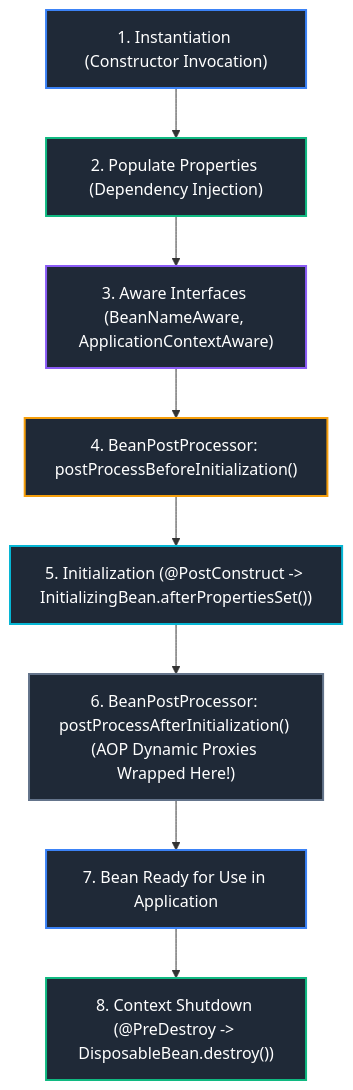
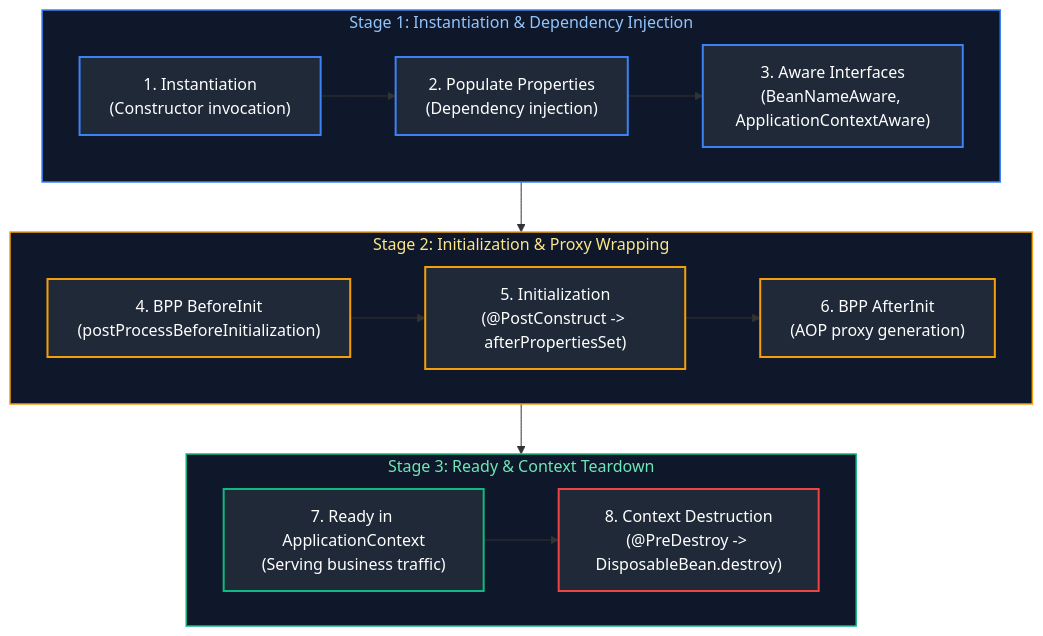
The fourth of 9 diagrams in Java Backend Engineering/07_spring_framework_spring_boot.md (joydeep-biswas/Interview-Preparation), drawn with Mermaid before and after one commit. The commit also changed other lines of this file and 76 other files, not shown here.

Commit message:
Updated Charts

````diff
--- a/Java Backend Engineering/07_spring_framework_spring_boot.md
+++ b/Java Backend Engineering/07_spring_framework_spring_boot.md
@@ -237,19 +240,31 @@
 ```mermaid
 flowchart TD
-    Step1["1. Instantiation (Constructor Invocation)"] --> Step2["2. Populate Properties (Dependency Injection)"]
-    Step2 --> Step3["3. Aware Interfaces (BeanNameAware, ApplicationContextAware)"]
-    Step3 --> Step4["4. BeanPostProcessor: postProcessBeforeInitialization()"]
-    Step4 --> Step5["5. Initialization (@PostConstruct -> InitializingBean.afterPropertiesSet())"]
-    Step5 --> Step6["6. BeanPostProcessor: postProcessAfterInitialization() (AOP Dynamic Proxies Wrapped Here!)"]
-    Step6 --> Step7["7. Bean Ready for Use in Application"]
-    Step7 --> Step8["8. Context Shutdown (@PreDestroy -> DisposableBean.destroy())"]
+    subgraph Stage1 ["Stage 1: Instantiation & Dependency Injection"]
+        direction LR
+        Step1["1. Instantiation<br/>(Constructor invocation)"] --> Step2["2. Populate Properties<br/>(Dependency injection)"] --> Step3["3. Aware Interfaces<br/>(BeanNameAware, ApplicationContextAware)"]
+    end
 
+    subgraph Stage2 ["Stage 2: Initialization & Proxy Wrapping"]
+        direction LR
+        Step4["4. BPP BeforeInit<br/>(postProcessBeforeInitialization)"] --> Step5["5. Initialization<br/>(@PostConstruct -> afterPropertiesSet)"] --> Step6["6. BPP AfterInit<br/>(AOP proxy generation)"]
+    end
+
+    subgraph Stage3 ["Stage 3: Ready & Context Teardown"]
+        direction LR
+        Step7["7. Ready in ApplicationContext<br/>(Serving business traffic)"] --> Step8["8. Context Destruction<br/>(@PreDestroy -> DisposableBean.destroy)"]
+    end
+
+    Stage1 --> Stage2 --> Stage3
+
+    style Stage1 fill:#0f172a,stroke:#3b82f6,stroke-width:1.5px,color:#93c5fd
+    style Stage2 fill:#0f172a,stroke:#f59e0b,stroke-width:1.5px,color:#fde68a
+    style Stage3 fill:#0f172a,stroke:#10b981,stroke-width:1.5px,color:#6ee7b7
     style Step1 fill:#1f2937,stroke:#3b82f6,stroke-width:2px,color:#fff
-    style Step2 fill:#1f2937,stroke:#10b981,stroke-width:2px,color:#fff
-    style Step3 fill:#1f2937,stroke:#8b5cf6,stroke-width:2px,color:#fff
+    style Step2 fill:#1f2937,stroke:#3b82f6,stroke-width:2px,color:#fff
+    style Step3 fill:#1f2937,stroke:#3b82f6,stroke-width:2px,color:#fff
     style Step4 fill:#1f2937,stroke:#f59e0b,stroke-width:2px,color:#fff
-    style Step5 fill:#1f2937,stroke:#06b6d4,stroke-width:2px,color:#fff
-    style Step6 fill:#1f2937,stroke:#64748b,stroke-width:2px,color:#fff
-    style Step7 fill:#1f2937,stroke:#3b82f6,stroke-width:2px,color:#fff
-    style Step8 fill:#1f2937,stroke:#10b981,stroke-width:2px,color:#fff
+    style Step5 fill:#1f2937,stroke:#f59e0b,stroke-width:2px,color:#fff
+    style Step6 fill:#1f2937,stroke:#f59e0b,stroke-width:2px,color:#fff
+    style Step7 fill:#1f2937,stroke:#10b981,stroke-width:2px,color:#fff
+    style Step8 fill:#1f2937,stroke:#ef4444,stroke-width:2px,color:#fff
 ```
````
